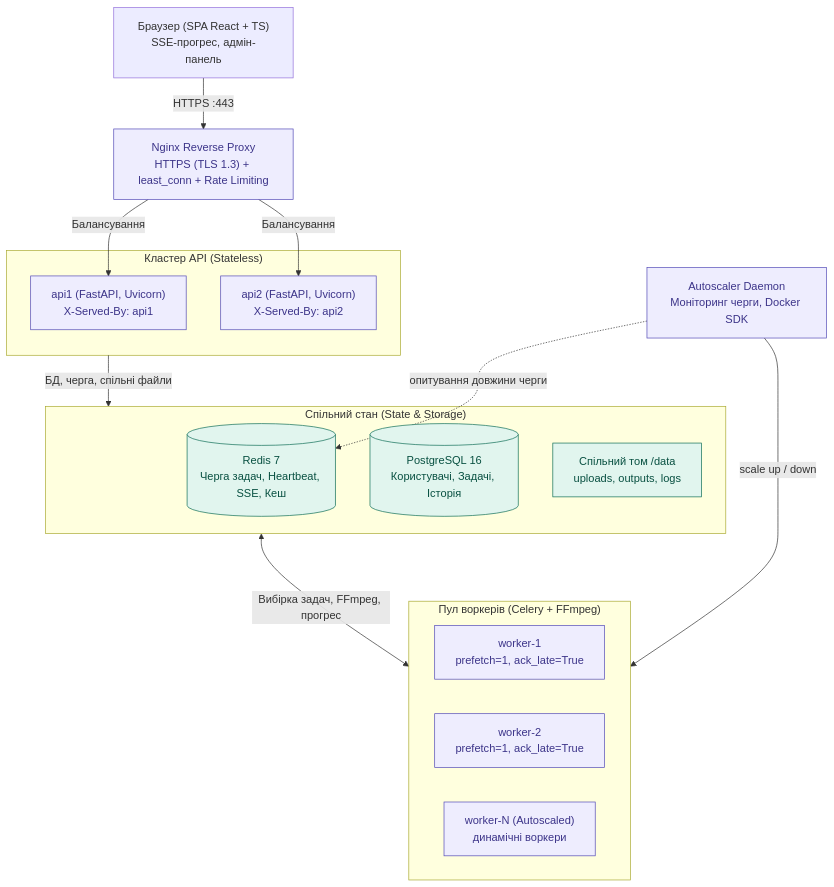
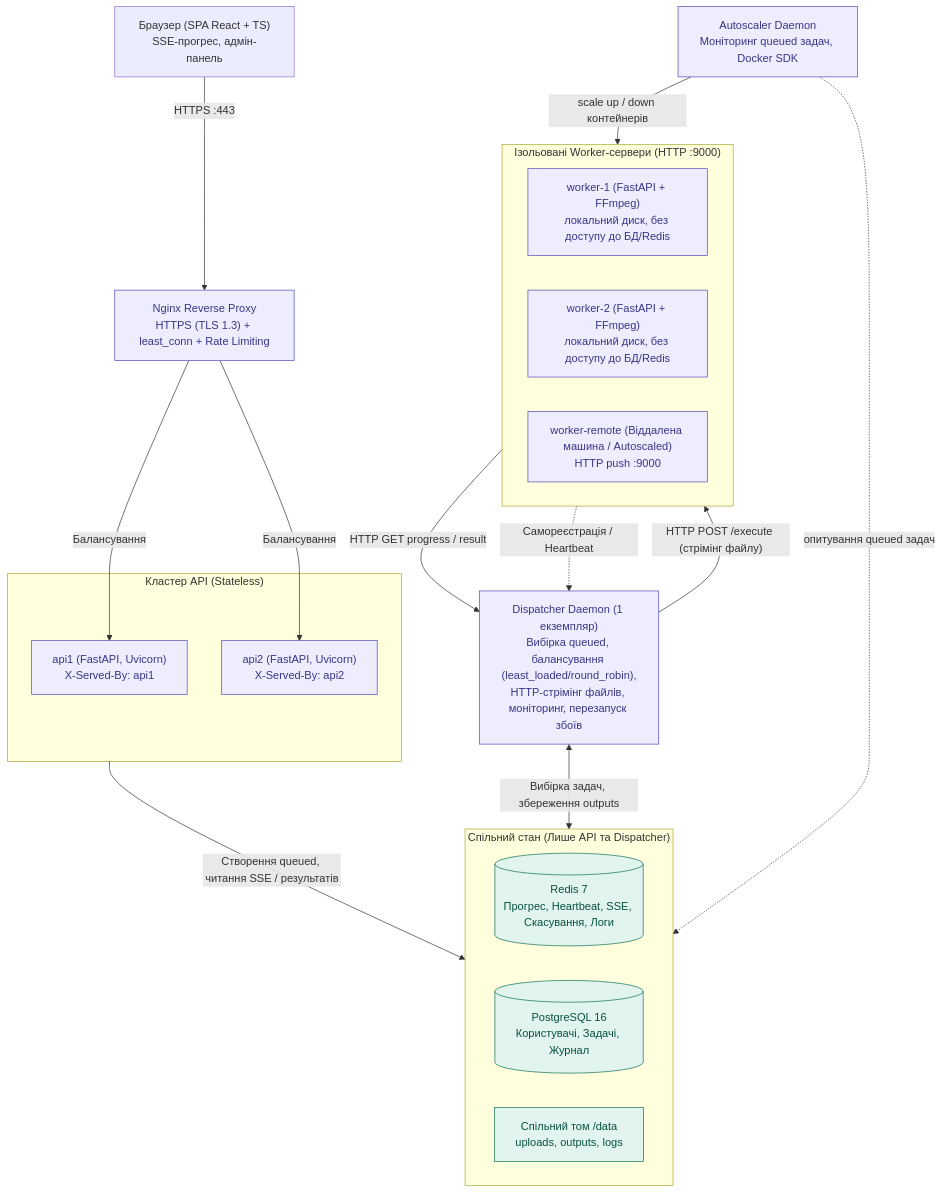
One commit to komarkr/Cloud-video-processor changed the diagram in README.md. Above: the diagram before and after it, drawn with Mermaid. The commit also changed other lines of this file and 15 other files, not shown here.

Commit message:
Phase 4: Complete test suite updates (86/86 passing), frontend Dispatcher Log, and architecture documentation

````diff
--- a/README.md
+++ b/README.md
@@ -13,37 +13,42 @@
 ```mermaid
 flowchart TB
     Browser["Браузер (SPA React + TS)<br/>SSE-прогрес, адмін-панель"]
     Nginx["Nginx Reverse Proxy<br/>HTTPS (TLS 1.3) + least_conn + Rate Limiting"]
 
     subgraph API_CLUSTER["Кластер API (Stateless)"]
         API1["api1 (FastAPI, Uvicorn)<br/>X-Served-By: api1"]
         API2["api2 (FastAPI, Uvicorn)<br/>X-Served-By: api2"]
     end
 
-    subgraph STATE["Спільний стан (State & Storage)"]
-        Redis[("Redis 7<br/>Черга задач, Heartbeat, SSE, Кеш")]
-        PG[("PostgreSQL 16<br/>Користувачі, Задачі, Історія")]
+    subgraph CORE_STATE["Спільний стан (Лише API та Dispatcher)"]
+        Redis[("Redis 7<br/>Прогрес, Heartbeat, SSE, Скасування, Логи")]
+        PG[("PostgreSQL 16<br/>Користувачі, Задачі, Журнал")]
         Storage["Спільний том /data<br/>uploads, outputs, logs"]
     end
 
-    subgraph WORKER_POOL["Пул воркерів (Celery + FFmpeg)"]
-        W1["worker-1<br/>prefetch=1, ack_late=True"]
-        W2["worker-2<br/>prefetch=1, ack_late=True"]
-        WN["worker-N (Autoscaled)<br/>динамічні воркери"]
+    Dispatcher["Dispatcher Daemon (1 екземпляр)<br/>Вибірка queued, балансування (least_loaded/round_robin),<br/>HTTP-стрімінг файлів, моніторинг, перезапуск збоїв"]
+
+    subgraph WORKER_POOL["Ізольовані Worker-сервери (HTTP :9000)"]
+        W1["worker-1 (FastAPI + FFmpeg)<br/>локальний диск, без доступу до БД/Redis"]
+        W2["worker-2 (FastAPI + FFmpeg)<br/>локальний диск, без доступу до БД/Redis"]
+        WN["worker-remote (Віддалена машина / Autoscaled)<br/>HTTP push :9000"]
     end
 
-    Autoscaler["Autoscaler Daemon<br/>Моніторинг черги, Docker SDK"]
+    Autoscaler["Autoscaler Daemon<br/>Моніторинг queued задач, Docker SDK"]
 
     Browser -->|HTTPS :443| Nginx
     Nginx -->|Балансування| API1
     Nginx -->|Балансування| API2
-    API_CLUSTER -->|"БД, черга, спільні файли"| STATE
-    STATE <-->|"Вибірка задач, FFmpeg, прогрес"| WORKER_POOL
-    Autoscaler -->|"scale up / down"| WORKER_POOL
-    Autoscaler -.->|"опитування довжини черги"| Redis
+    API_CLUSTER -->|"Створення queued, читання SSE / результатів"| CORE_STATE
+    Dispatcher <-->|"Вибірка задач, збереження outputs"| CORE_STATE
+    Dispatcher -->|"HTTP POST /execute (стрімінг файлу)"| WORKER_POOL
+    WORKER_POOL -->|"HTTP GET progress / result"| Dispatcher
+    WORKER_POOL -.->|"Самореєстрація / Heartbeat"| Dispatcher
+    Autoscaler -->|"scale up / down контейнерів"| WORKER_POOL
+    Autoscaler -.->|"опитування queued задач"| CORE_STATE
 
     classDef app fill:#EEEDFE,stroke:#534AB7,color:#3C3489
     classDef state fill:#E1F5EE,stroke:#0F6E56,color:#085041
-    class Nginx,API1,API2,W1,W2,WN,Autoscaler app
+    class Nginx,API1,API2,Dispatcher,W1,W2,WN,Autoscaler app
     class Redis,PG,Storage state
 ```
````
